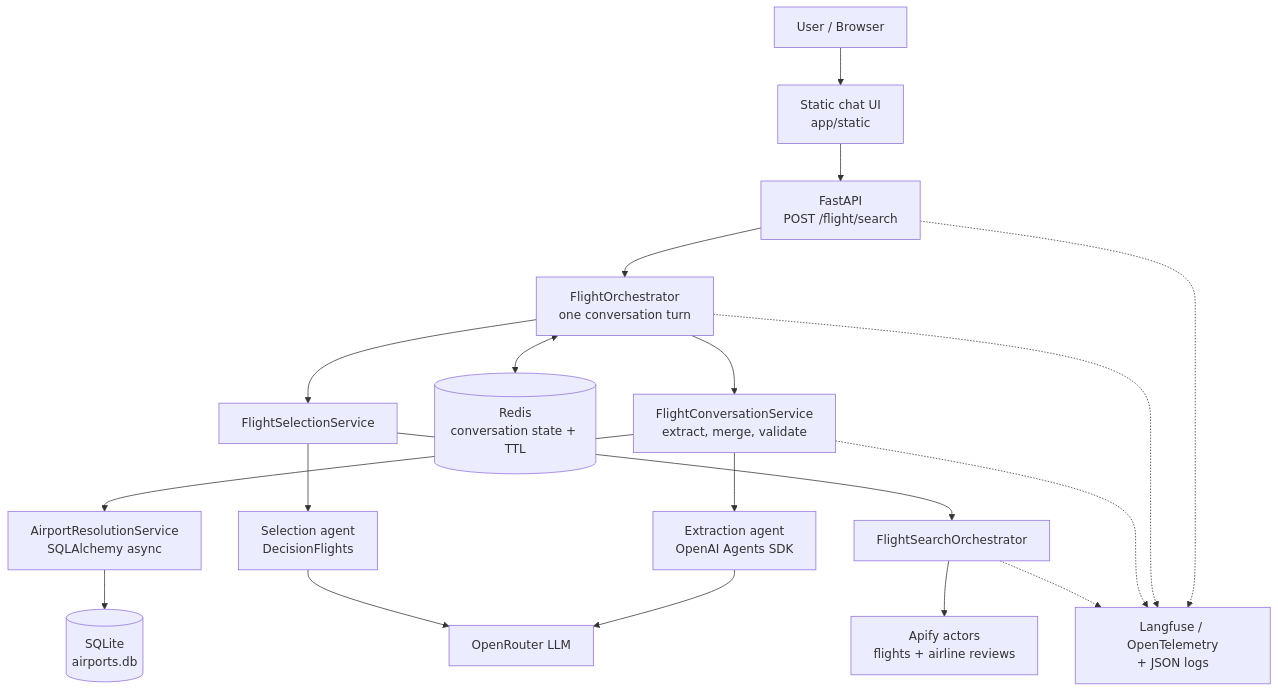
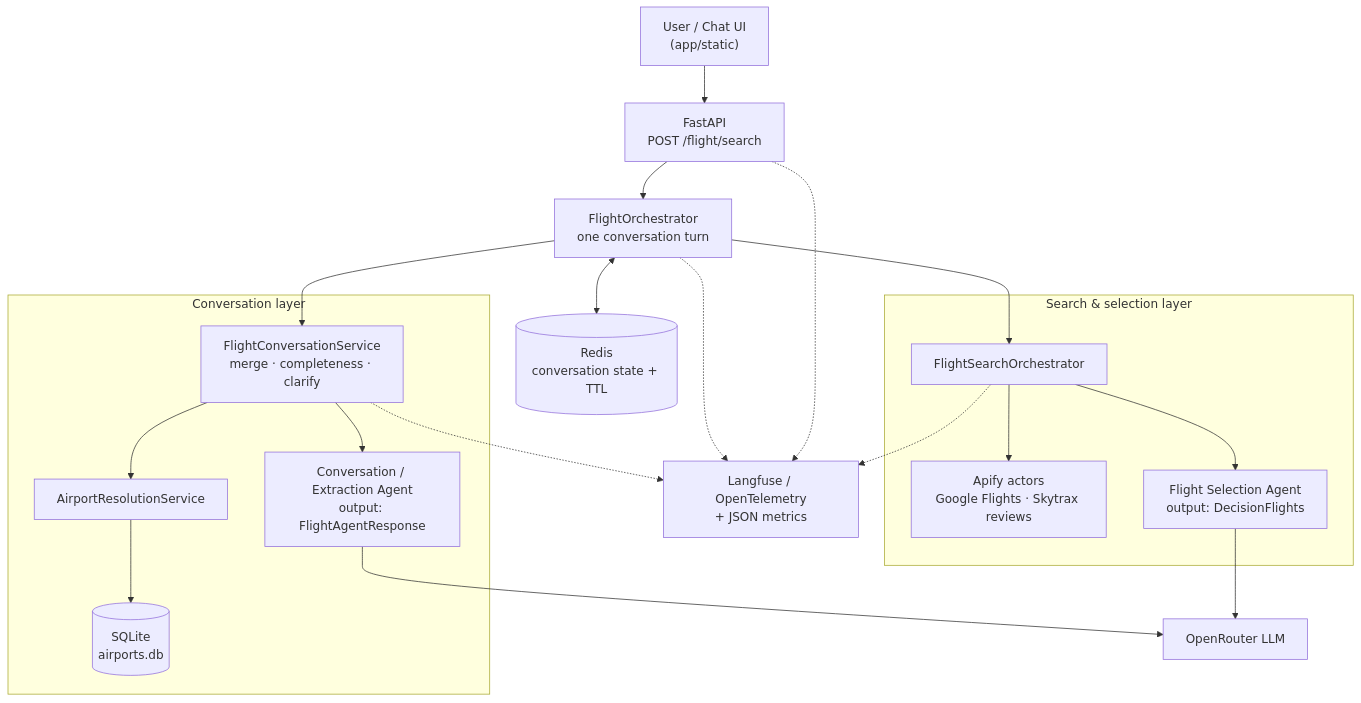
Before and after one commit to AnisMelki/ai-travel-agent: the diagram in README.md, drawn with Mermaid. The commit also changed other lines of this file, not shown here.

````diff
--- a/README.md
+++ b/README.md
@@ -33,31 +32,35 @@
 ```mermaid
 flowchart TD
-    U[User / Browser]
-    UI["Static chat UI<br/>app/static"]
+    U["User / Chat UI<br/>(app/static)"]
     API["FastAPI<br/>POST /flight/search"]
     ORCH["FlightOrchestrator<br/>one conversation turn"]
-    CONV["FlightConversationService<br/>extract, merge, validate"]
-    AGENT["Extraction agent<br/>OpenAI Agents SDK"]
     REDIS[("Redis<br/>conversation state + TTL")]
-    AIRPORT["AirportResolutionService<br/>SQLAlchemy async"]
-    DB[("SQLite<br/>airports.db")]
-    SEL["FlightSelectionService"]
-    FSO["FlightSearchOrchestrator"]
-    APIFY["Apify actors<br/>flights + airline reviews"]
-    PICK["Selection agent<br/>DecisionFlights"]
+
+    subgraph CONV["Conversation layer"]
+        CS["FlightConversationService<br/>merge · completeness · clarify"]
+        A1["Conversation / Extraction Agent<br/>output: FlightAgentResponse"]
+        AIR["AirportResolutionService"]
+        DB[("SQLite<br/>airports.db")]
+    end
+
+    subgraph SEARCH["Search &amp; selection layer"]
+        FSO["FlightSearchOrchestrator"]
+        APIFY["Apify actors<br/>Google Flights · Skytrax reviews"]
+        A2["Flight Selection Agent<br/>output: DecisionFlights"]
+    end
+
     LLM["OpenRouter LLM"]
-    OBS["Langfuse / OpenTelemetry<br/>+ JSON logs"]
+    OBS["Langfuse / OpenTelemetry<br/>+ JSON metrics"]
 
-    U --> UI --> API --> ORCH
+    U --> API --> ORCH
     ORCH <--> REDIS
-    ORCH --> CONV
-    CONV --> AGENT --> LLM
-    CONV --> AIRPORT --> DB
-    ORCH --> SEL
-    SEL --> FSO --> APIFY
-    SEL --> PICK --> LLM
+    ORCH --> CS
+    CS --> A1 --> LLM
+    CS --> AIR --> DB
+    ORCH --> FSO --> APIFY
+    FSO --> A2 --> LLM
     API -.-> OBS
     ORCH -.-> OBS
-    CONV -.-> OBS
+    CS -.-> OBS
     FSO -.-> OBS
 ```
````
